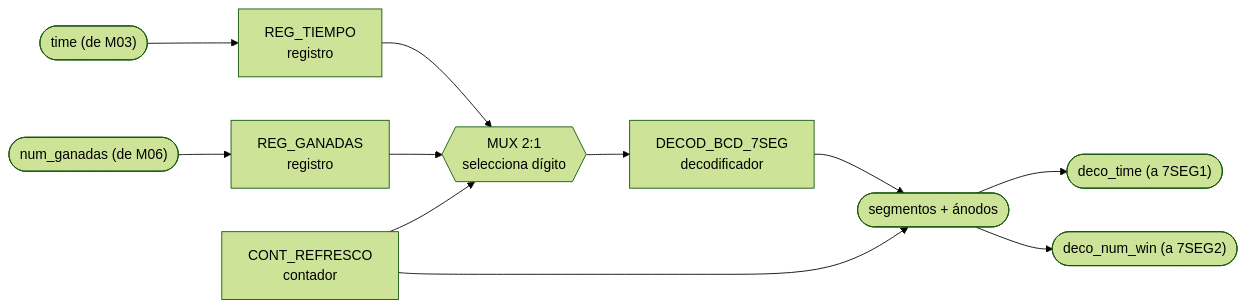
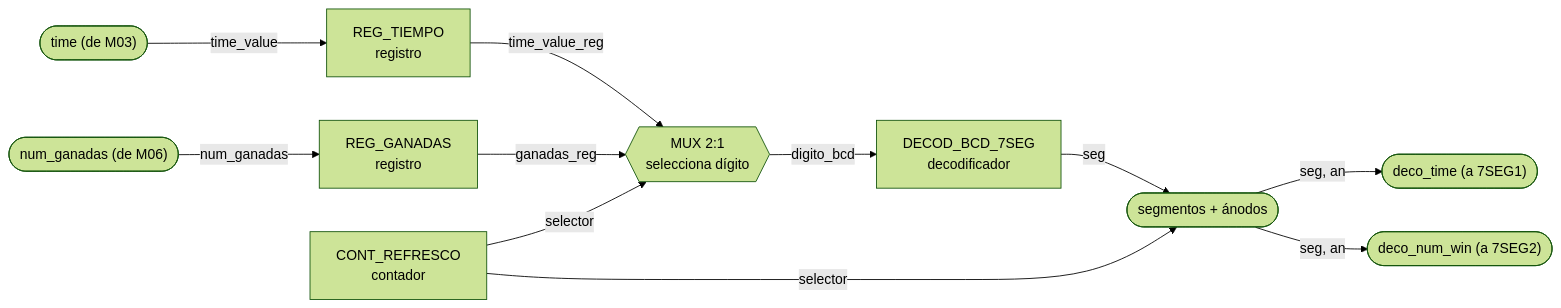
One commit to Taller-de-diseno-digital-GR01/Proyecto-2-Ahorcado changed the second of 14 diagrams in docs/diseño/diagramas/nivel03.md. Above: the diagram before and after it, drawn with Mermaid (forest theme). The commit also changed other lines of this file and 10 other files, not shown here.

````diff
--- a/docs/diseño/diagramas/nivel03.md
+++ b/docs/diseño/diagramas/nivel03.md
@@ -140,13 +140,13 @@
 ```mermaid
 flowchart LR
-    IN_TIME(["time (de M03)"]) --> REG_T["REG_TIEMPO<br/>registro"]
-    IN_WIN(["num_ganadas (de M06)"]) --> REG_G["REG_GANADAS<br/>registro"]
-    CNT_REF["CONT_REFRESCO<br/>contador"] --> MUX1{{"MUX 2:1<br/>selecciona dígito"}}
-    REG_T --> MUX1
-    REG_G --> MUX1
-    MUX1 --> DEC["DECOD_BCD_7SEG<br/>decodificador"]
-    DEC --> OUT_SEG(["segmentos + ánodos"])
-    CNT_REF --> OUT_SEG
-    OUT_SEG --> OUT_T(["deco_time (a 7SEG1)"])
-    OUT_SEG --> OUT_W(["deco_num_win (a 7SEG2)"])
+    IN_TIME(["time (de M03)"]) -->|time_value| REG_T["REG_TIEMPO<br/>registro"]
+    IN_WIN(["num_ganadas (de M06)"]) -->|num_ganadas| REG_G["REG_GANADAS<br/>registro"]
+    CNT_REF["CONT_REFRESCO<br/>contador"] -->|selector| MUX1{{"MUX 2:1<br/>selecciona dígito"}}
+    REG_T -->|time_value_reg| MUX1
+    REG_G -->|ganadas_reg| MUX1
+    MUX1 -->|digito_bcd| DEC["DECOD_BCD_7SEG<br/>decodificador"]
+    DEC -->|seg| OUT_SEG(["segmentos + ánodos"])
+    CNT_REF -->|selector| OUT_SEG
+    OUT_SEG -->|"seg, an"| OUT_T(["deco_time (a 7SEG1)"])
+    OUT_SEG -->|"seg, an"| OUT_W(["deco_num_win (a 7SEG2)"])
 ```
````
